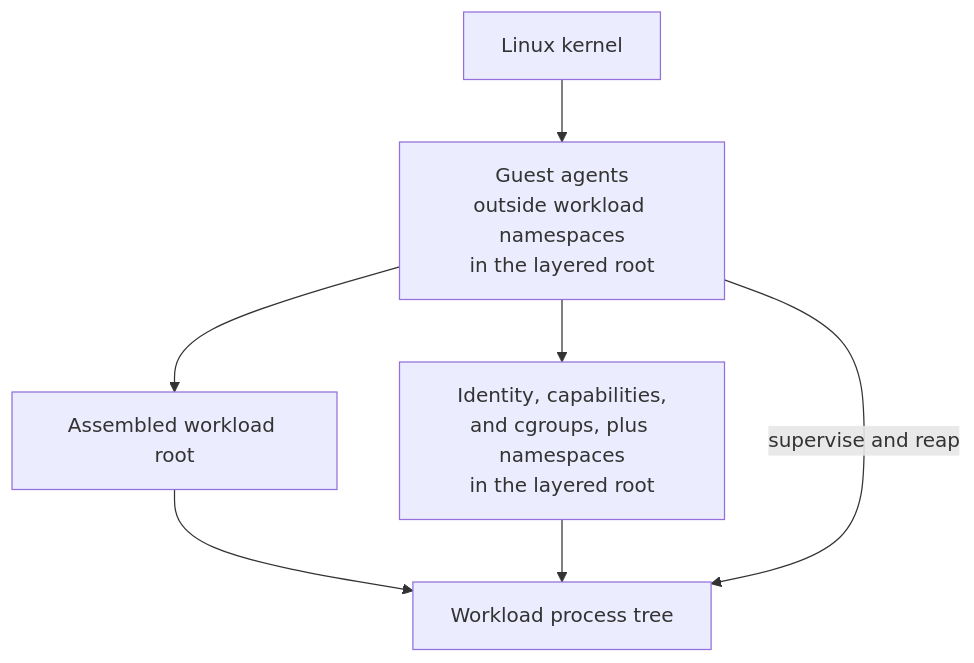
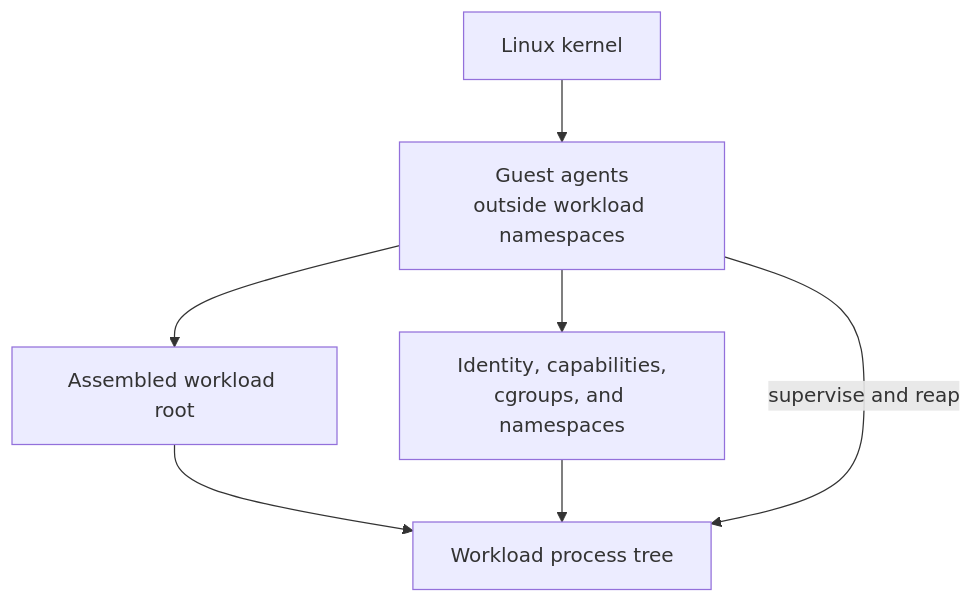
One commit to Jbansal2/nvx changed the diagram in doc/design/4.2-guest-agents-and-workload-model.md. Above: the diagram before and after it, drawn with Mermaid. The commit also changed other lines of this file and 5 other files, not shown here.

First line of the commit message:
doc: define workload identity and execution isolation

````diff
--- a/doc/design/4.2-guest-agents-and-workload-model.md
+++ b/doc/design/4.2-guest-agents-and-workload-model.md
@@ -19,15 +19,15 @@
 ```mermaid
 flowchart TB
    Kernel["Linux kernel"]
-   Agents["Guest agents<br/>outside workload namespaces<br/>in the layered root"]
+   Agents["Guest agents<br/>outside workload namespaces"]
    Root["Assembled workload root"]
-   Isolation["Identity, capabilities,<br/>and cgroups, plus namespaces<br/>in the layered root"]
+   Isolation["Identity, capabilities,<br/>cgroups, and namespaces"]
    Workload["Workload process tree"]
 
    Kernel --> Agents
    Agents --> Root
    Agents --> Isolation
    Root --> Workload
    Isolation --> Workload
    Agents -->|"supervise and reap"| Workload
 ```
````
